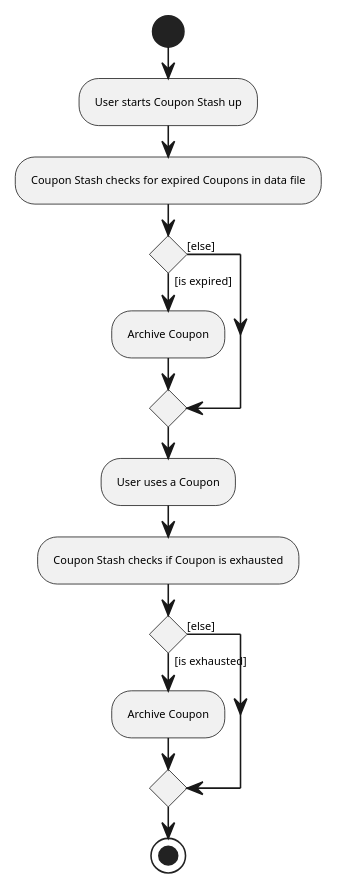
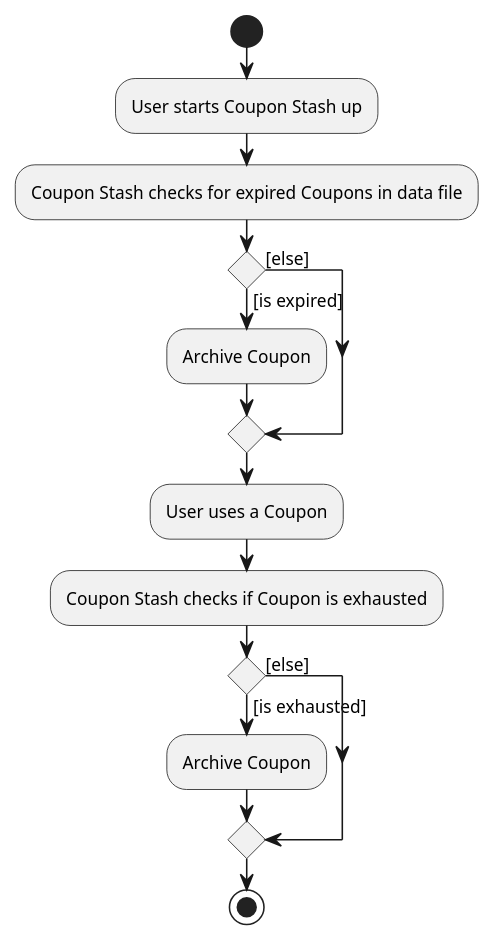
The diagram in docs/diagrams/ArchivingActivityDiagram.puml (nus-cs2103-AY1920S2/addressbook-level3), drawn with PlantUML before and after one commit.

Commit message:
Update activity diagram font size

```diff
--- a/docs/diagrams/ArchivingActivityDiagram.puml
+++ b/docs/diagrams/ArchivingActivityDiagram.puml
@@ -1,25 +1,25 @@
 @startuml
 
-skinparam ActivityFontSize 7
-skinparam ArrowFontSize 7
+skinparam ActivityFontSize 11
+skinparam ArrowFontSize 11
 
 start
 :User starts Coupon Stash up;
 :Coupon Stash checks for expired Coupons in data file;
 
 if () then ([is expired])
     :Archive Coupon;
 else ([else])
 endif
 
 :User uses a Coupon;
 :Coupon Stash checks if Coupon is exhausted;
 
 if () then ([is exhausted])
     :Archive Coupon;
 else ([else])
 endif
 
 stop
 
 @enduml
```
